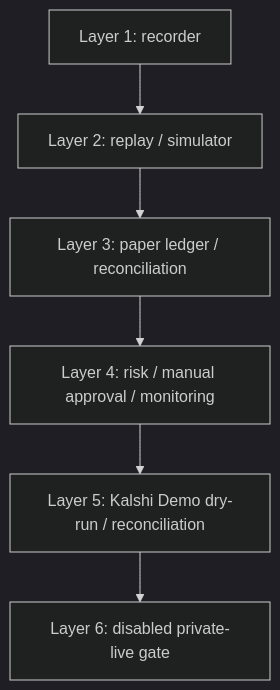
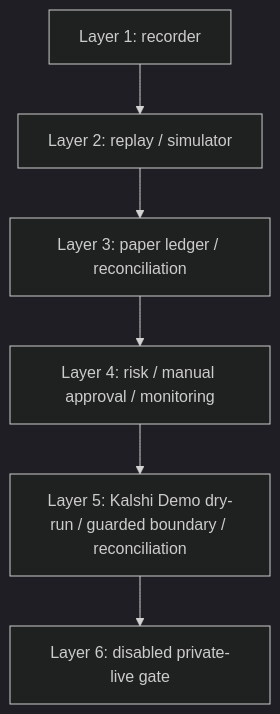
Before and after one commit to minqiyang/edmn-trader: the second of 4 diagrams in docs/visual_overview.md, drawn with Mermaid (dark theme). The commit also changed other lines of this file and 5 other files, not shown here.

Commit message:
Refresh visual docs for guarded Demo boundary

````diff
--- a/docs/visual_overview.md
+++ b/docs/visual_overview.md
@@ -26,8 +26,8 @@
 ```mermaid
 flowchart TB
   L1["Layer 1: recorder"] --> L2["Layer 2: replay / simulator"]
   L2 --> L3["Layer 3: paper ledger / reconciliation"]
   L3 --> L4["Layer 4: risk / manual approval / monitoring"]
-  L4 --> L5["Layer 5: Kalshi Demo dry-run / reconciliation"]
+  L4 --> L5["Layer 5: Kalshi Demo dry-run / guarded boundary / reconciliation"]
   L5 --> L6["Layer 6: disabled private-live gate"]
 ```
````
